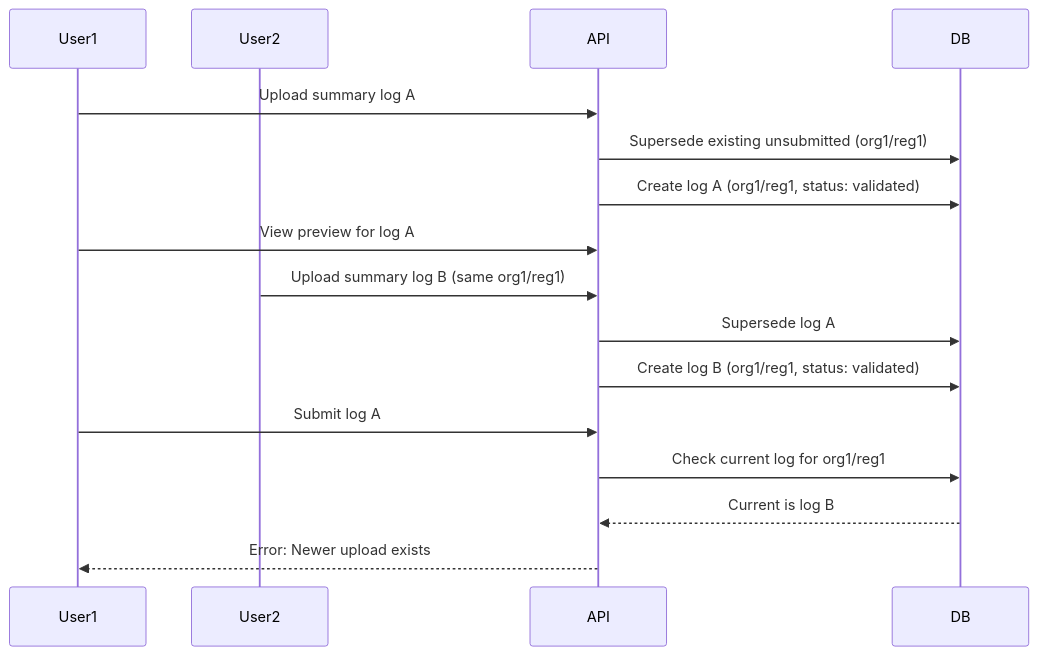
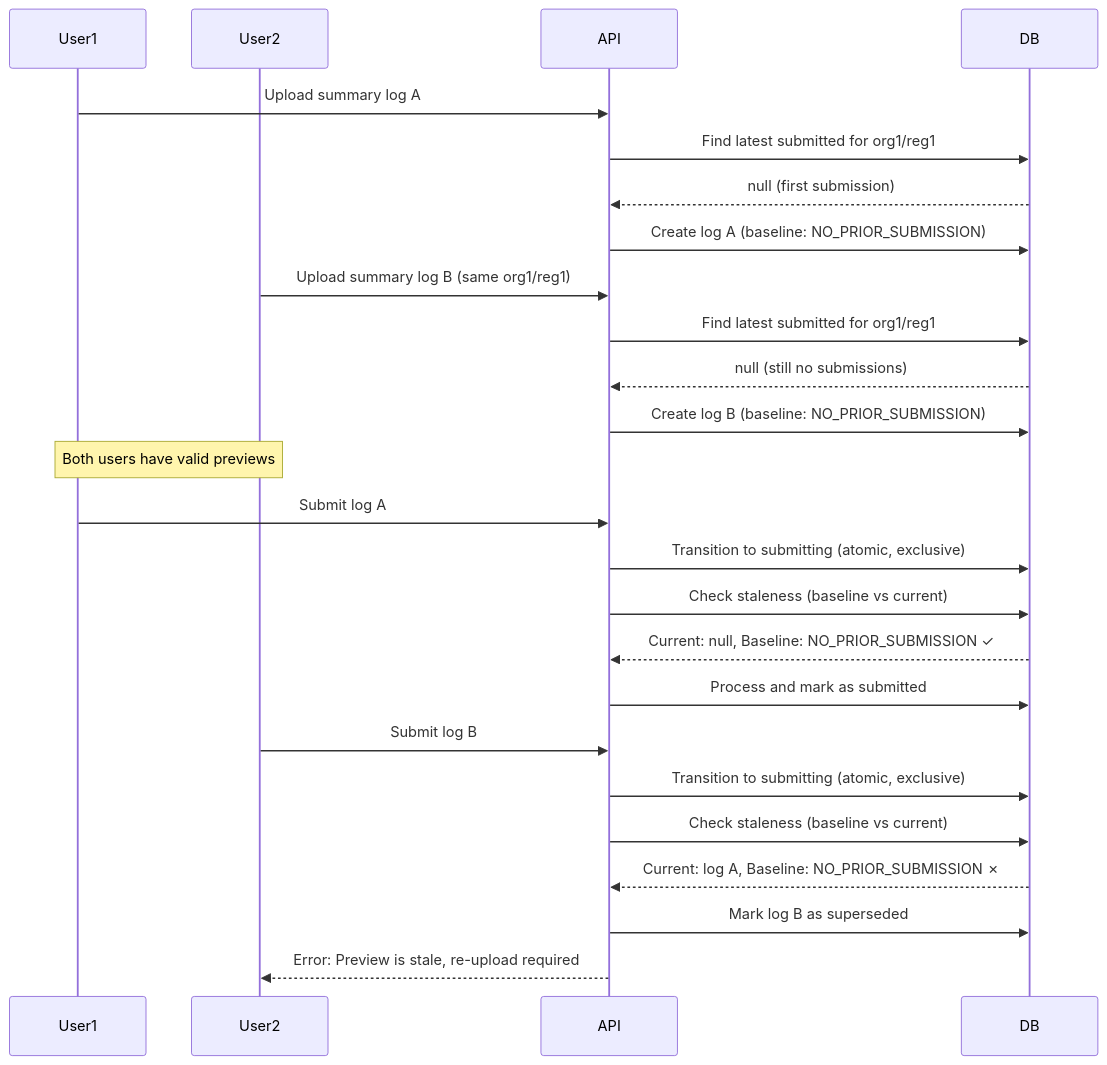
Before and after one commit to DEFRA/epr-re-ex-service: the third of 7 diagrams in docs/architecture/discovery/summary-log-submission-lld.md, drawn with Mermaid. The commit also changed other lines of this file, not shown here.

First line of the commit message:
PAE-752: Update LLD for deferred staleness detection

````diff
--- a/docs/architecture/discovery/summary-log-submission-lld.md
+++ b/docs/architecture/discovery/summary-log-submission-lld.md
@@ -158,22 +161,32 @@
 ```mermaid
 sequenceDiagram
     participant User1
     participant User2
     participant API
     participant DB
 
     User1->>API: Upload summary log A
-    API->>DB: Supersede existing unsubmitted (org1/reg1)
-    API->>DB: Create log A (org1/reg1, status: validated)
-
-    User1->>API: View preview for log A
+    API->>DB: Find latest submitted for org1/reg1
+    DB-->>API: null (first submission)
+    API->>DB: Create log A (baseline: NO_PRIOR_SUBMISSION)
 
     User2->>API: Upload summary log B (same org1/reg1)
-    API->>DB: Supersede log A
-    API->>DB: Create log B (org1/reg1, status: validated)
+    API->>DB: Find latest submitted for org1/reg1
+    DB-->>API: null (still no submissions)
+    API->>DB: Create log B (baseline: NO_PRIOR_SUBMISSION)
+
+    Note over User1,User2: Both users have valid previews
 
     User1->>API: Submit log A
-    API->>DB: Check current log for org1/reg1
-    DB-->>API: Current is log B
-    API-->>User1: Error: Newer upload exists
+    API->>DB: Transition to submitting (atomic, exclusive)
+    API->>DB: Check staleness (baseline vs current)
+    DB-->>API: Current: null, Baseline: NO_PRIOR_SUBMISSION ✓
+    API->>DB: Process and mark as submitted
+
+    User2->>API: Submit log B
+    API->>DB: Transition to submitting (atomic, exclusive)
+    API->>DB: Check staleness (baseline vs current)
+    DB-->>API: Current: log A, Baseline: NO_PRIOR_SUBMISSION ✗
+    API->>DB: Mark log B as superseded
+    API-->>User2: Error: Preview is stale, re-upload required
 ```
````
